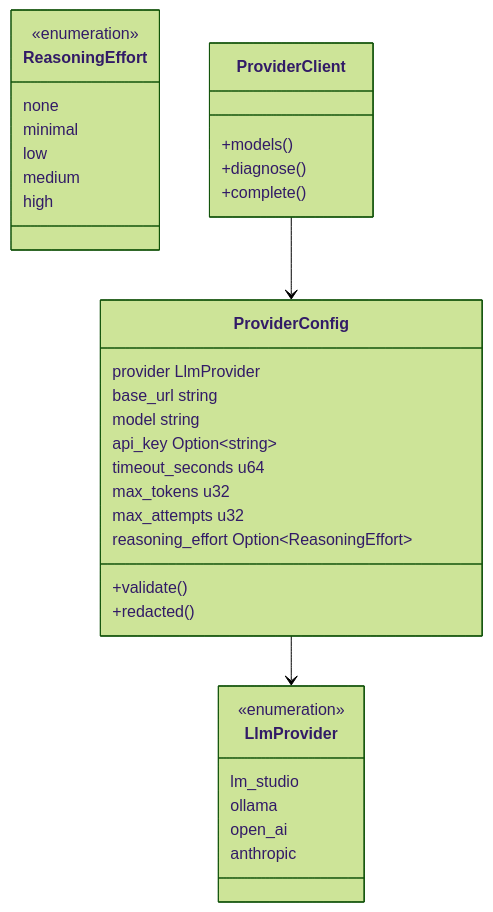
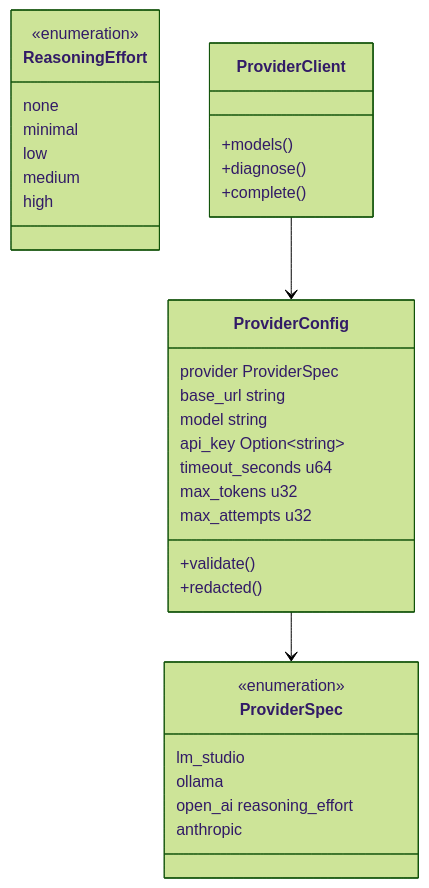
One commit to everettielle/RosettaCue changed diagram 18 of 18 in docs/specification.md. Above: the diagram before and after it, drawn with Mermaid (forest theme). The commit also changed other lines of this file and 4 other files, not shown here.

First line of the commit message:
refactor(app): mirror the tagged provider spec in the renderer

````diff
--- a/docs/specification.md
+++ b/docs/specification.md
@@ -1121,37 +1121,36 @@
 ```mermaid
 classDiagram
   class ProviderConfig {
-    provider LlmProvider
+    provider ProviderSpec
     base_url string
     model string
     api_key Option~string~
     timeout_seconds u64
     max_tokens u32
     max_attempts u32
-    reasoning_effort Option~ReasoningEffort~
     +validate()
     +redacted()
   }
-  class LlmProvider {
+  class ProviderSpec {
     <<enumeration>>
     lm_studio
     ollama
-    open_ai
+    open_ai reasoning_effort
     anthropic
   }
   class ReasoningEffort {
     <<enumeration>>
     none
     minimal
     low
     medium
     high
   }
   class ProviderClient {
     +models()
     +diagnose()
     +complete()
   }
-  ProviderConfig --> LlmProvider
+  ProviderConfig --> ProviderSpec
   ProviderClient --> ProviderConfig
 ```
````
